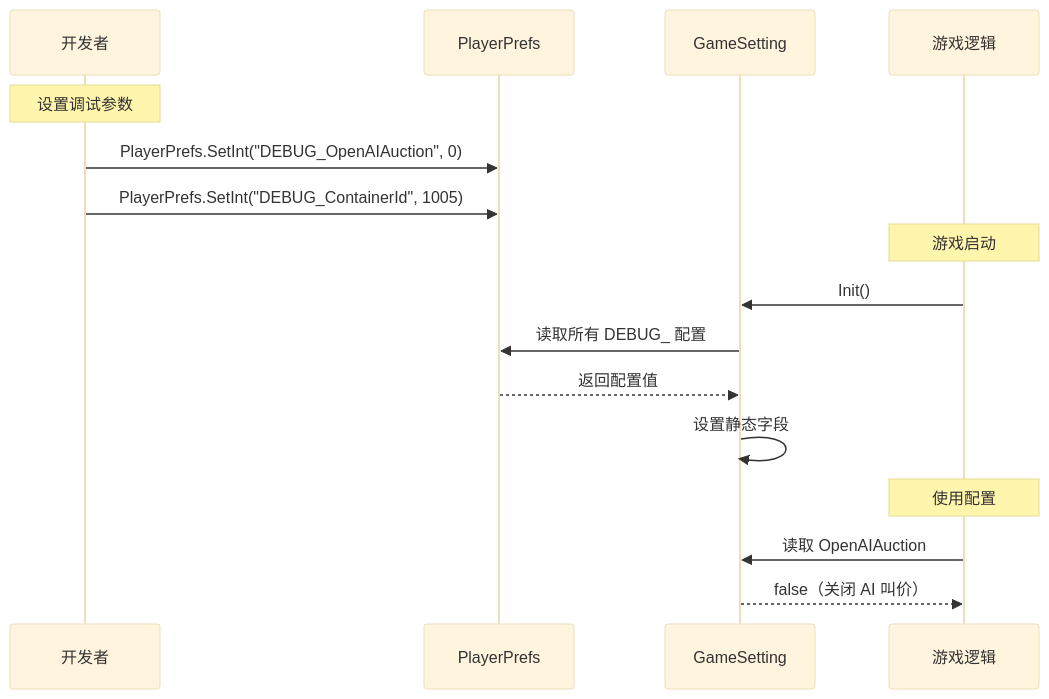
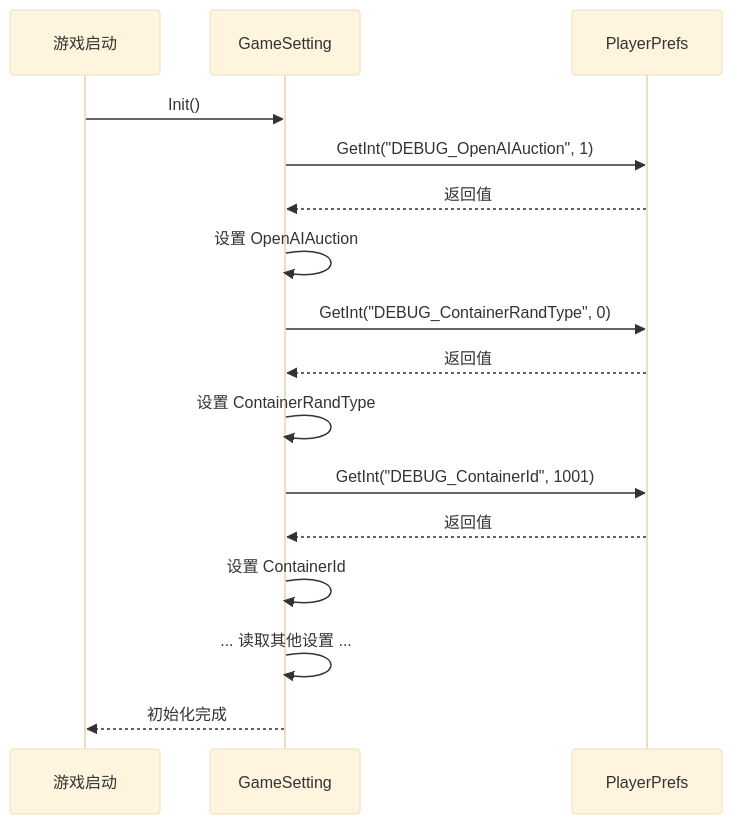
One commit to acsta/Container changed the first of 2 diagrams in Assets/Scripts/Mono/Module/GameSetting.cs.md. Above: the diagram before and after it, drawn with Mermaid (base theme). The commit also changed other lines of this file and 6 other files, not shown here.

````diff
--- a/Assets/Scripts/Mono/Module/GameSetting.cs.md
+++ b/Assets/Scripts/Mono/Module/GameSetting.cs.md
@@ -207,21 +282,23 @@
 ```mermaid
 sequenceDiagram
-    participant Dev as 开发者
-    participant PS as PlayerPrefs
+    participant Game as 游戏启动
     participant GS as GameSetting
-    participant Game as 游戏逻辑
+    participant PP as PlayerPrefs
+
+    Game->>GS: Init()
+    GS->>PP: GetInt("DEBUG_OpenAIAuction", 1)
+    PP-->>GS: 返回值
+    GS->>GS: 设置 OpenAIAuction
     
-    Note over Dev: 设置调试参数
-    Dev->>PS: PlayerPrefs.SetInt("DEBUG_OpenAIAuction", 0)
-    Dev->>PS: PlayerPrefs.SetInt("DEBUG_ContainerId", 1005)
+    GS->>PP: GetInt("DEBUG_ContainerRandType", 0)
+    PP-->>GS: 返回值
+    GS->>GS: 设置 ContainerRandType
     
-    Note over Game: 游戏启动
-    Game->>GS: Init()
-    GS->>PS: 读取所有 DEBUG_ 配置
-    PS-->>GS: 返回配置值
-    GS->>GS: 设置静态字段
+    GS->>PP: GetInt("DEBUG_ContainerId", 1001)
+    PP-->>GS: 返回值
+    GS->>GS: 设置 ContainerId
     
-    Note over Game: 使用配置
-    Game->>GS: 读取 OpenAIAuction
-    GS-->>Game: false（关闭 AI 叫价）
+    GS->>GS: ... 读取其他设置 ...
+    
+    GS-->>Game: 初始化完成
 ```
````
